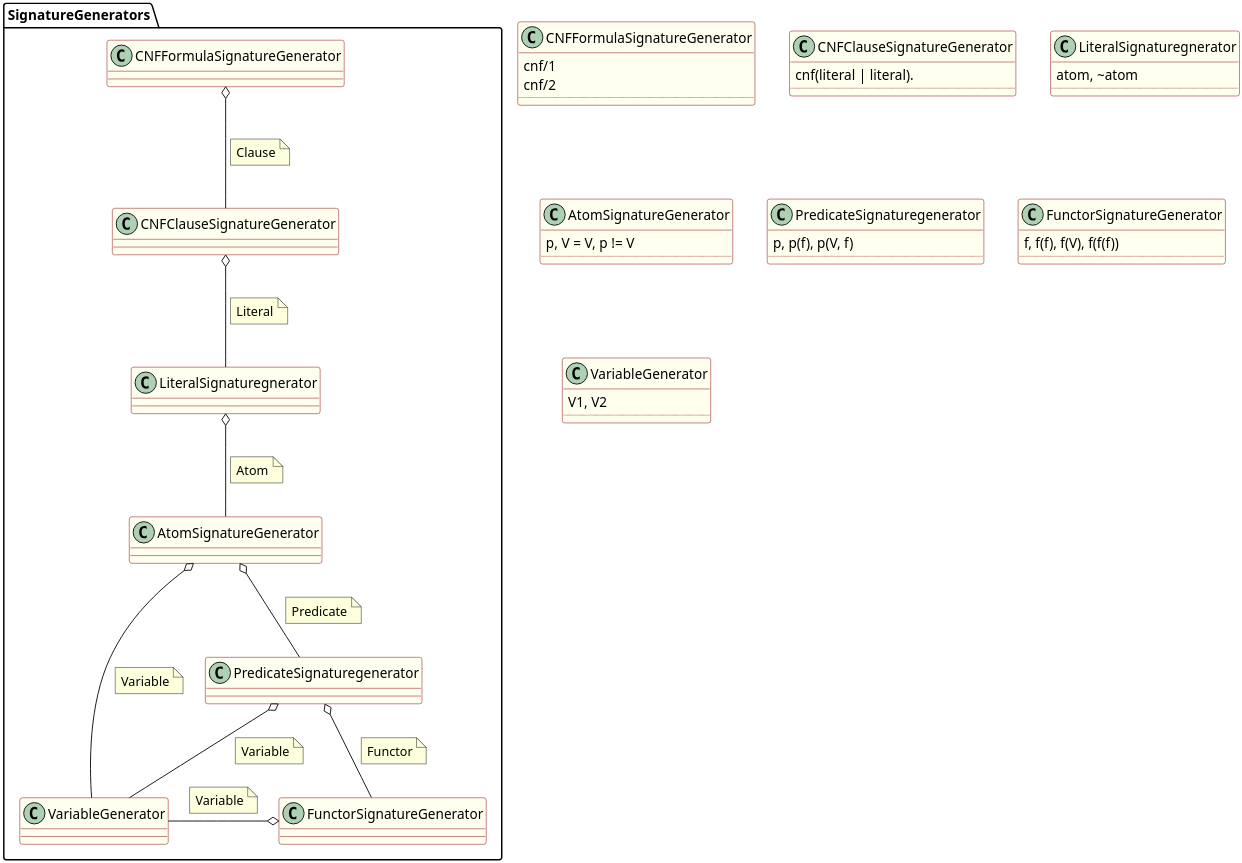
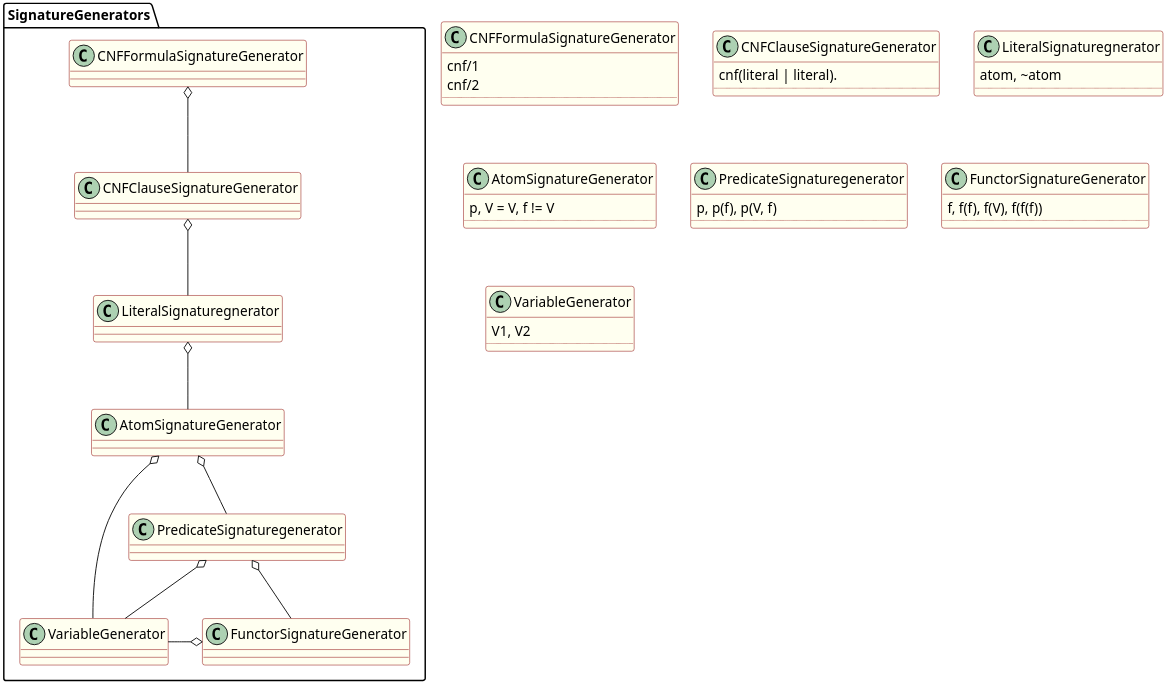
Before and after one commit to Mateusz-Grzelinski/set-research-documentation: the diagram in logic-formula-generator/fol/cnf_signature_generators.puml, drawn with PlantUML. The commit also changed 8 other files, not shown here.

```diff
--- a/logic-formula-generator/fol/cnf_signature_generators.puml
+++ b/logic-formula-generator/fol/cnf_signature_generators.puml
@@ -1,64 +1,56 @@
 @startuml
 skinparam dpi 300
 
 skinparam class {
   backgroundColor Ivory
   borderColor DarkRed
 }
 
 package SignatureGenerators {
 
 CNFFormulaSignatureGenerator o-- CNFClauseSignatureGenerator
-note on link: Clause 
 CNFClauseSignatureGenerator o-- LiteralSignaturegnerator
-note on link: Literal 
 LiteralSignaturegnerator o-- AtomSignatureGenerator
-note on link: Atom 
 AtomSignatureGenerator o-- PredicateSignaturegenerator
-note on link: Predicate 
 AtomSignatureGenerator o-- VariableGenerator
-note on link: Variable
 PredicateSignaturegenerator o-- VariableGenerator
-note on link: Variable
 PredicateSignaturegenerator o-- FunctorSignatureGenerator
-note on link: Functor
 VariableGenerator -o FunctorSignatureGenerator 
-note on link: Variable
 }
 
 class CNFFormulaSignatureGenerator {
 	cnf/1
 	cnf/2
 	..
 }
 
 class CNFClauseSignatureGenerator {
 	cnf(literal | literal).
 	..
 }
 
 class LiteralSignaturegnerator {
 	atom, ~atom
 	..
 }
 
 class AtomSignatureGenerator {
-	p, V = V, p != V
+	p, V = V, f != V
 	..
 }
 
 class PredicateSignaturegenerator {
 	p, p(f), p(V, f)
 	..
 }
 
 class FunctorSignatureGenerator {
 	f, f(f), f(V), f(f(f))
 	..
 }
 
 class VariableGenerator {
 	V1, V2
 	..
 }
 @enduml
```
